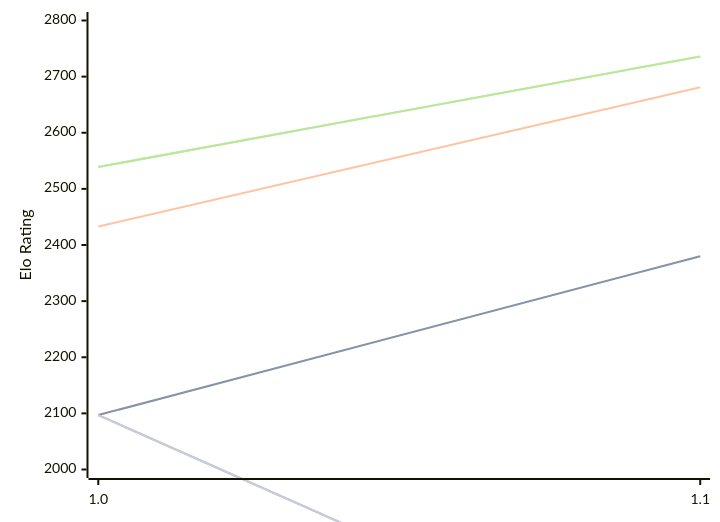
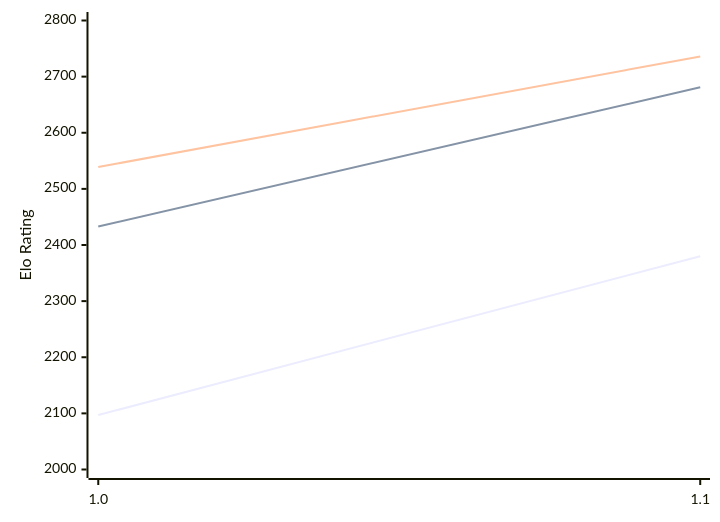
Before and after one commit to computer-chess-index/cci: the second of 2 diagrams in engines/Erinn.md, drawn with Mermaid. The commit also changed other lines of this file, not shown here.

````diff
--- a/engines/Erinn.md
+++ b/engines/Erinn.md
@@ -51,13 +68,9 @@
 ```mermaid
 %%{init: {"theme":"base","themeVariables":{"seriesColors:['#a3a3a3','#222221','#faa371']}}}%%
 xychart-beta
   x-axis ["1.0", "1.1"]
   y-axis "Elo Rating" 2000 --> 2800
-  line "" [2097, 2380]
   line "T1: STC (8.0+0.08s)" [2097, 2380]
   line "T1: LTC (60.0+0.60s)" [2433, 2681]
-  line "" [2539, 2736]
   line "T1: VLTC (2m24s+1.12s)" [2539, 2736]
-  line "" [2097,1621, 1955, 1944]
-  line "E1: STC (8.0+0.08s)" [2097,1621, 1955, 1944]
 ```
````
